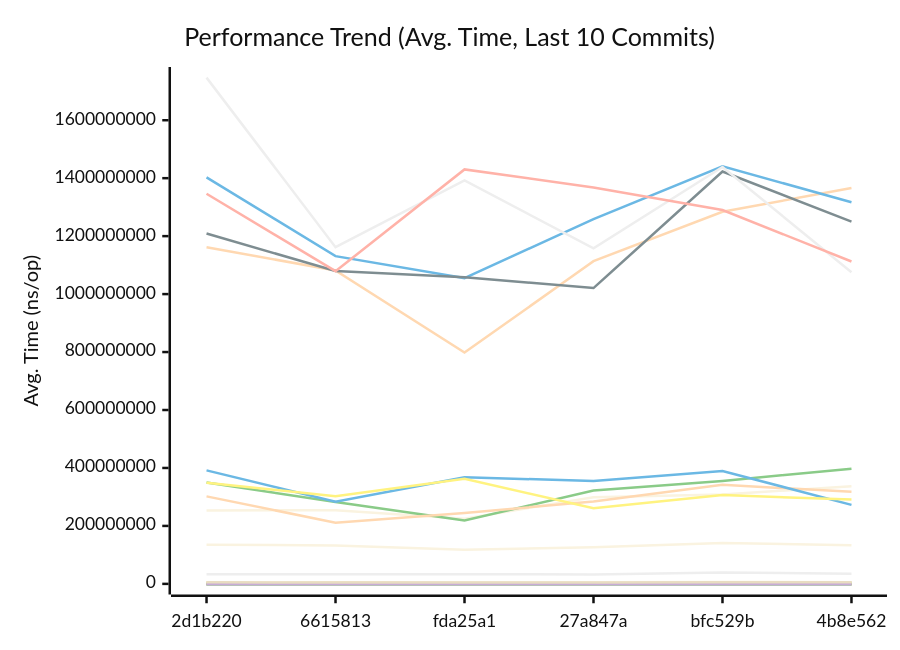
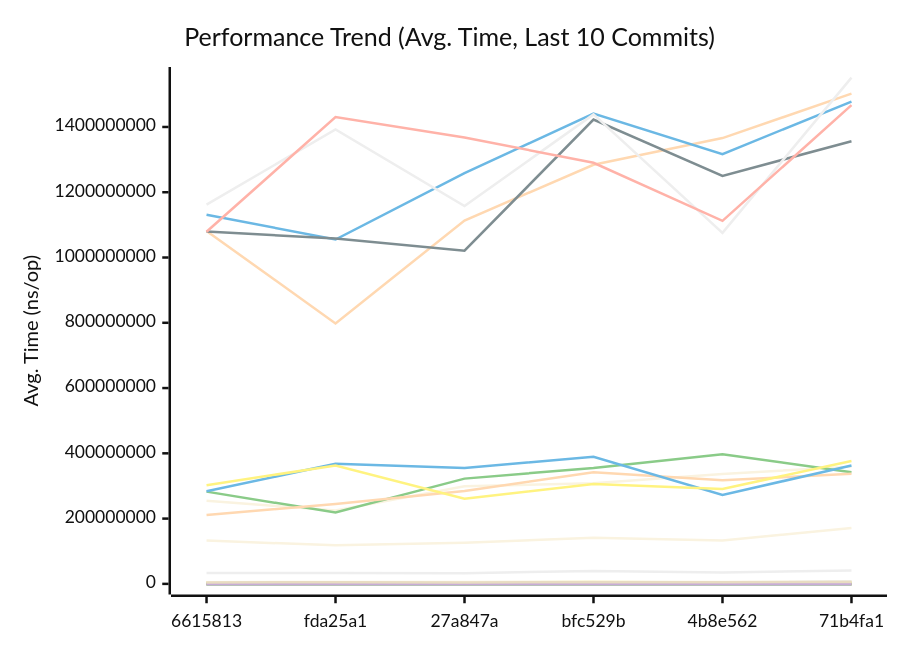
One commit to alsotoes/momo changed the first of 3 diagrams in docs/PERFORMANCE.md. Above: the diagram before and after it, drawn with Mermaid (neutral theme). The commit also changed other lines of this file and 17 other files, not shown here.

````diff
--- a/docs/PERFORMANCE.md
+++ b/docs/PERFORMANCE.md
@@ -260,44 +260,44 @@
 ```mermaid
 xychart-beta
     title "Performance Trend (Avg. Time, Last 10 Commits)"
     x-axis "Commit"
     y-axis "Avg. Time (ns/op)"
-    x-axis [2d1b220,6615813,fda25a1,27a847a,bfc529b,4b8e562]
-    line "AWSChunkedReaderSigned" [690357,622918,512707,501241,721946,582789,741042,596016,541759,554800]
-    line "AWSChunkedReaderUnsigned" [684347,616129,457742,556893,695362,580668,721611,624951,521049,581740]
-    line "CheckMetricsAndSwap" [14,14,10,10,14,9,14,13,11,12]
-    line "CrushOptimized" [433,463,354,433,532,484,492,487,522,363]
-    line "CrushOriginal" [598,642,502,597,715,641,734,697,658,647]
-    line "FormatListObjectsV2XML_AppendFormat" [1035620,900618,648718,775274,1080271,993577,1117129,928365,977381,898486]
-    line "FormatListObjectsV2XML_OldFormat" [554225,498654,406141,479265,671030,530555,661534,521514,565611,503389]
-    line "HashBytes/1MiB" [4997033,4520322,3555390,4784039,3995457,4596495,5621676,4965423,4315588,3618889]
-    line "HashBytes/256MiB" [1161959394,1081431052,798133130,1113482493,1284091050,1365990323,1502178110,1211052717,1048575116,1201286487]
-    line "HashBytes/64MiB" [253497415,254442334,225124511,298951068,308162718,336895373,359262045,339981640,213869807,301162837]
-    line "HashFile/1MiB" [5020414,4836717,3959247,3915050,5430358,4960660,5725417,5039192,3960989,4760647]
-    line "HashFile/256MiB" [1402967574,1130963414,1055197690,1258679744,1441073207,1316970291,1477907273,1193078064,1177833636,1006415705]
-    line "HashFile/64MiB" [350050718,282645449,218474314,322488540,355303054,397283922,342325433,356293580,288277413,240359009]
-    line "IndexDirectTracking" [1,1,0,1,1,1,1,0,0,0]
-    line "IndexSearch" [3,2,2,2,3,2,3,2,2,2]
-    line "LastModifiedHeader_AppendFormat" [0,0,0,0,0,273,377,411,306,291]
-    line "LastModifiedHeader_Format" [0,0,0,0,0,359,474,418,381,345]
-    line "LoadGlobalConfig" [12915,11283,9939,13465,16787,14343,16534,15639,12955,12190]
-    line "LocalWrite/1MiB" [606315,575526,474416,479322,627788,515217,653242,620492,558337,524282]
-    line "LocalWrite/256MiB" [135157963,132539343,118094125,126110483,141240477,133129249,171131397,136595670,121311016,122106179]
-    line "LocalWrite/64MiB" [33266024,33235605,33404598,32661319,39561620,34587683,41271450,35901035,33613673,28590856]
-    line "PadString" [65,63,47,69,97,85,78,64,59,66]
+    x-axis [6615813,fda25a1,27a847a,bfc529b,4b8e562,71b4fa1]
+    line "AWSChunkedReaderSigned" [622918,512707,501241,721946,582789,741042,596016,541759,554800,615254]
+    line "AWSChunkedReaderUnsigned" [616129,457742,556893,695362,580668,721611,624951,521049,581740,507516]
+    line "CheckMetricsAndSwap" [14,10,10,14,9,14,13,11,12,11]
+    line "CrushOptimized" [463,354,433,532,484,492,487,522,363,426]
+    line "CrushOriginal" [642,502,597,715,641,734,697,658,647,700]
+    line "FormatListObjectsV2XML_AppendFormat" [900618,648718,775274,1080271,993577,1117129,928365,977381,898486,862695]
+    line "FormatListObjectsV2XML_OldFormat" [498654,406141,479265,671030,530555,661534,521514,565611,503389,497195]
+    line "HashBytes/1MiB" [4520322,3555390,4784039,3995457,4596495,5621676,4965423,4315588,3618889,5475294]
+    line "HashBytes/256MiB" [1081431052,798133130,1113482493,1284091050,1365990323,1502178110,1211052717,1048575116,1201286487,897333718]
+    line "HashBytes/64MiB" [254442334,225124511,298951068,308162718,336895373,359262045,339981640,213869807,301162837,301221390]
+    line "HashFile/1MiB" [4836717,3959247,3915050,5430358,4960660,5725417,5039192,3960989,4760647,3647035]
+    line "HashFile/256MiB" [1130963414,1055197690,1258679744,1441073207,1316970291,1477907273,1193078064,1177833636,1006415705,1110450496]
+    line "HashFile/64MiB" [282645449,218474314,322488540,355303054,397283922,342325433,356293580,288277413,240359009,275852870]
+    line "IndexDirectTracking" [1,0,1,1,1,1,0,0,0,0]
+    line "IndexSearch" [2,2,2,3,2,3,2,2,2,2]
+    line "LastModifiedHeader_AppendFormat" [0,0,0,0,273,377,411,306,291,280]
+    line "LastModifiedHeader_Format" [0,0,0,0,359,474,418,381,345,360]
+    line "LoadGlobalConfig" [11283,9939,13465,16787,14343,16534,15639,12955,12190,11396]
+    line "LocalWrite/1MiB" [575526,474416,479322,627788,515217,653242,620492,558337,524282,489792]
+    line "LocalWrite/256MiB" [132539343,118094125,126110483,141240477,133129249,171131397,136595670,121311016,122106179,129421555]
+    line "LocalWrite/64MiB" [33235605,33404598,32661319,39561620,34587683,41271450,35901035,33613673,28590856,29289820]
+    line "PadString" [63,47,69,97,85,78,64,59,66,60]
     line "ParseReplicationOrder_NoPrealloc" [350,349,357,354,345,225,229,165,232,234]
     line "ParseReplicationOrder_Prealloc" [229,231,237,234,229,108,107,80,110,109]
-    line "Placement" [6435,6648,4864,6529,7421,7230,7696,7054,7086,6141]
-    line "PlacementDomainSpread" [7125,6936,5246,8024,8867,7769,8677,7666,6917,6176]
-    line "ReadVerify/1MiB" [4844958,4821081,3882918,3731377,5836051,3976066,5316396,4787467,3900770,3383659]
-    line "ReadVerify/256MiB" [1208865206,1079520105,1058504265,1020754000,1422892660,1249941171,1356438969,1338425672,1103105249,1170100253]
-    line "ReadVerify/64MiB" [301883250,211152290,244603172,284251269,341875566,317667291,337069645,347180139,259882135,240879749]
-    line "S3PutSpool/1MiB" [5594802,4971787,5964641,5931927,6588614,5572982,6149011,5304842,5592080,5587762]
-    line "S3PutSpool/256MiB" [1746985899,1161989262,1392397511,1157791795,1438649885,1075603816,1551204244,1298058993,1269281522,1304442018]
-    line "S3PutSpool/64MiB" [391765533,283817898,367879613,355148274,389689212,272526470,362667390,347153910,296132654,317372640]
-    line "SanitizeLog/Safe" [365,264,226,242,388,301,419,341,309,277]
-    line "SanitizeLog/Unsafe" [1183,1013,768,930,1274,1021,1210,1000,1005,1021]
-    line "TrustedRead/1MiB" [5737318,4407789,4777459,4326085,5334409,5277115,5559663,5638483,4655498,3708543]
-    line "TrustedRead/256MiB" [1346158360,1079106743,1430194708,1367894050,1290238092,1112381854,1466748131,1031346576,1173571296,1073394044]
-    line "TrustedRead/64MiB" [349215436,302381501,362734452,260957497,306360304,291068280,376225072,296255358,281349472,260468873]
+    line "Placement" [6648,4864,6529,7421,7230,7696,7054,7086,6141,6119]
+    line "PlacementDomainSpread" [6936,5246,8024,8867,7769,8677,7666,6917,6176,5740]
+    line "ReadVerify/1MiB" [4821081,3882918,3731377,5836051,3976066,5316396,4787467,3900770,3383659,5081549]
+    line "ReadVerify/256MiB" [1079520105,1058504265,1020754000,1422892660,1249941171,1356438969,1338425672,1103105249,1170100253,1034709963]
+    line "ReadVerify/64MiB" [211152290,244603172,284251269,341875566,317667291,337069645,347180139,259882135,240879749,282446554]
+    line "S3PutSpool/1MiB" [4971787,5964641,5931927,6588614,5572982,6149011,5304842,5592080,5587762,4022819]
+    line "S3PutSpool/256MiB" [1161989262,1392397511,1157791795,1438649885,1075603816,1551204244,1298058993,1269281522,1304442018,1243287804]
+    line "S3PutSpool/64MiB" [283817898,367879613,355148274,389689212,272526470,362667390,347153910,296132654,317372640,355710496]
+    line "SanitizeLog/Safe" [264,226,242,388,301,419,341,309,277,263]
+    line "SanitizeLog/Unsafe" [1013,768,930,1274,1021,1210,1000,1005,1021,917]
+    line "TrustedRead/1MiB" [4407789,4777459,4326085,5334409,5277115,5559663,5638483,4655498,3708543,3570428]
+    line "TrustedRead/256MiB" [1079106743,1430194708,1367894050,1290238092,1112381854,1466748131,1031346576,1173571296,1073394044,932638111]
+    line "TrustedRead/64MiB" [302381501,362734452,260957497,306360304,291068280,376225072,296255358,281349472,260468873,247394092]
 ```
````
